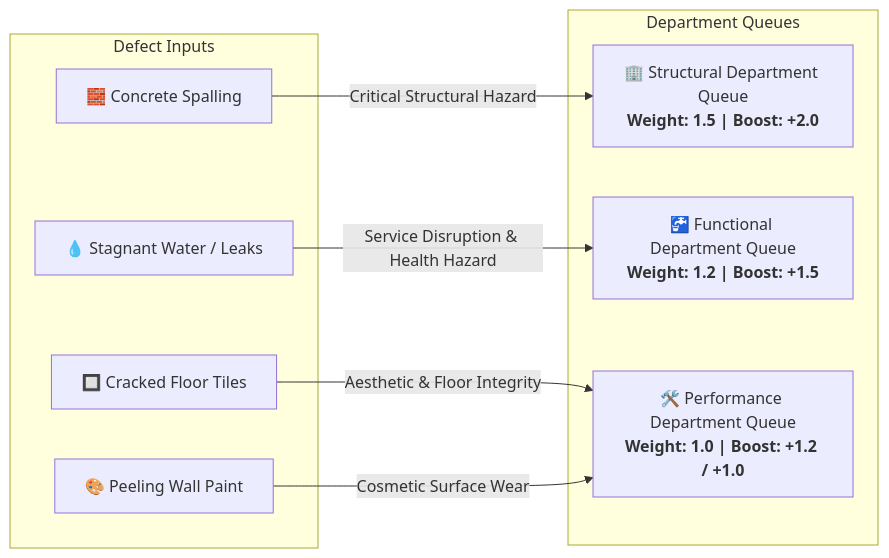
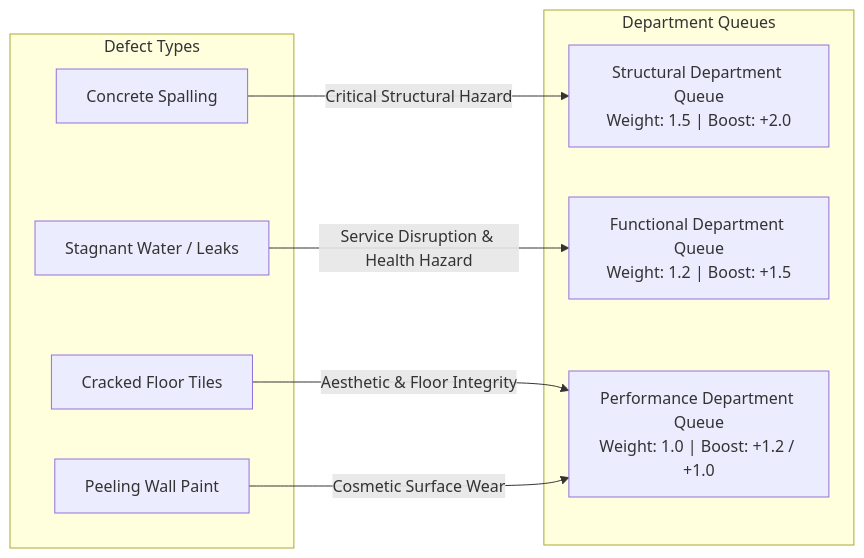
Before and after one commit to Bittu5134/InfraPulse: the second of 3 diagrams in docs/DOCUMENTATION_REPORT.md, drawn with Mermaid. The commit also changed 2 other files, not shown here.

Commit message:
fix(docs): fix Mermaid subgraph syntax error with strict bracketed label IDs

````diff
--- a/docs/DOCUMENTATION_REPORT.md
+++ b/docs/DOCUMENTATION_REPORT.md
@@ -45,20 +45,20 @@
 ```mermaid
 graph LR
-    subgraph Defect Inputs
-        D1["🧱 Concrete Spalling"]
-        D2["💧 Stagnant Water / Leaks"]
-        D3["🔲 Cracked Floor Tiles"]
-        D4["🎨 Peeling Wall Paint"]
+    subgraph Defect_Inputs ["Defect Types"]
+        D1["Concrete Spalling"]
+        D2["Stagnant Water / Leaks"]
+        D3["Cracked Floor Tiles"]
+        D4["Peeling Wall Paint"]
     end
 
-    subgraph Department Queues
-        Q1["🏢 Structural Department Queue<br/><b>Weight: 1.5 | Boost: +2.0</b>"]
-        Q2["🚰 Functional Department Queue<br/><b>Weight: 1.2 | Boost: +1.5</b>"]
-        Q3["🛠️ Performance Department Queue<br/><b>Weight: 1.0 | Boost: +1.2 / +1.0</b>"]
+    subgraph Department_Queues ["Department Queues"]
+        Q1["Structural Department Queue<br/>Weight: 1.5 | Boost: +2.0"]
+        Q2["Functional Department Queue<br/>Weight: 1.2 | Boost: +1.5"]
+        Q3["Performance Department Queue<br/>Weight: 1.0 | Boost: +1.2 / +1.0"]
     end
 
     D1 -->|Critical Structural Hazard| Q1
     D2 -->|Service Disruption & Health Hazard| Q2
     D3 -->|Aesthetic & Floor Integrity| Q3
     D4 -->|Cosmetic Surface Wear| Q3
 ```
````
